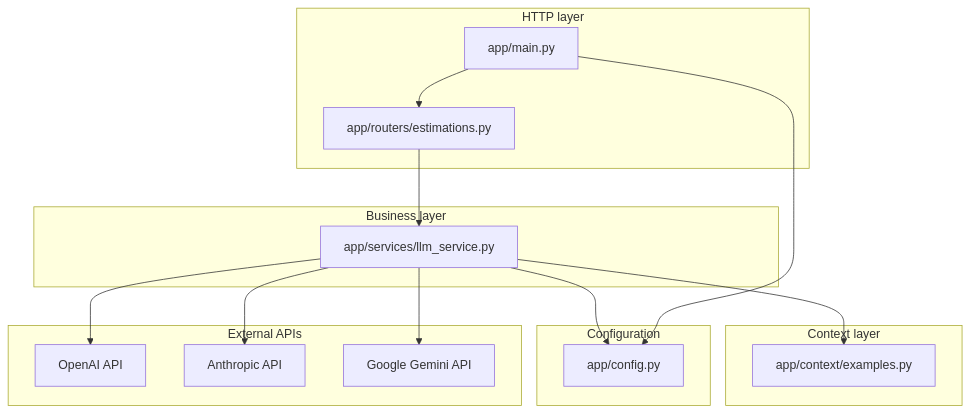
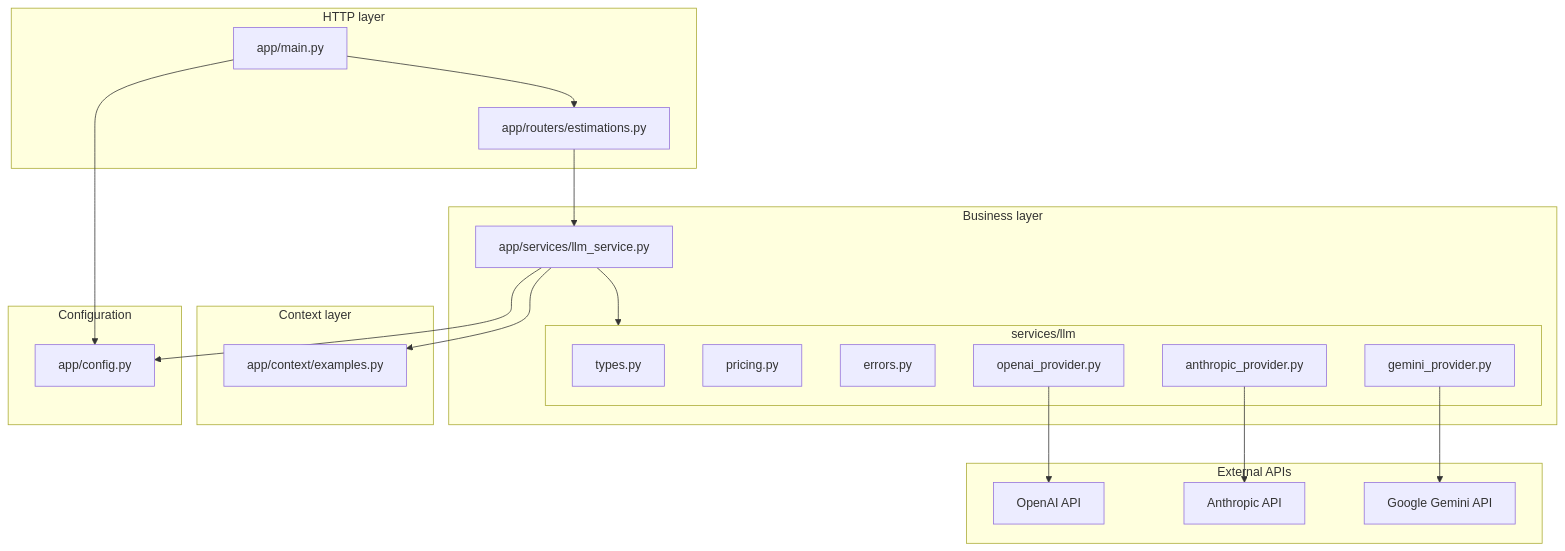
One commit to osuarez1/cag-estimator changed the first of 4 diagrams in docs/ARCHITECTURE.md. Above: the diagram before and after it, drawn with Mermaid. The commit also changed other lines of this file, not shown here.

Commit message:
docs(architecture): reflect llm module split in diagrams and layout
Keep architecture documentation aligned with the new LLM structure.
Update diagrams and repository tree to match the provider-adapter split.

- Document app/services/llm/ package and its modules
- Update component and dispatch diagrams to show facade vs adapters

````diff
--- a/docs/ARCHITECTURE.md
+++ b/docs/ARCHITECTURE.md
@@ -65,34 +72,43 @@
 ```mermaid
 flowchart TB
   subgraph http [HTTP layer]
     main[app/main.py]
     router[app/routers/estimations.py]
   end
 
   subgraph business [Business layer]
-    llm[app/services/llm_service.py]
+    llmFacade[app/services/llm_service.py]
+    subgraph llmProviders [services/llm]
+      llmTypes[types.py]
+      llmPricing[pricing.py]
+      llmErrors[errors.py]
+      llmOpenAI[openai_provider.py]
+      llmAnthropic[anthropic_provider.py]
+      llmGemini[gemini_provider.py]
+    end
   end
 
   subgraph context [Context layer]
     examples[app/context/examples.py]
   end
 
   subgraph config [Configuration]
     settings[app/config.py]
   end
 
   subgraph external [External APIs]
     openai[OpenAI API]
     anthropic[Anthropic API]
     gemini[Google Gemini API]
   end
 
   main --> router
-  router --> llm
-  llm --> examples
-  llm --> settings
-  llm --> openai
-  llm --> anthropic
-  llm --> gemini
+  router --> llmFacade
+  llmFacade --> llmProviders
+  llmFacade --> examples
+  llmFacade --> settings
+  llmOpenAI --> openai
+  llmAnthropic --> anthropic
+  llmGemini --> gemini
   main --> settings
 ```
````
